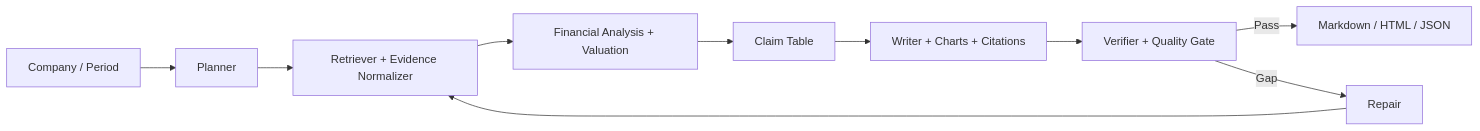
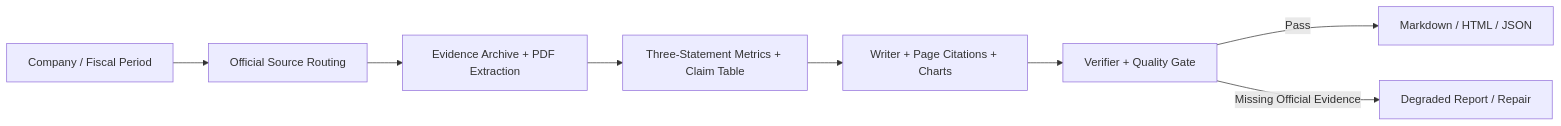
Before and after one commit to wara886/DeepReport-: the diagram in README.md, drawn with Mermaid. The commit also changed other lines of this file and 39 other files, not shown here.

Commit message:
Add official evidence gates and deployable public layout

````diff
--- a/README.md
+++ b/README.md
@@ -30,12 +74,10 @@
 ```mermaid
 flowchart LR
-    A[Company / Period] --> B[Planner]
-    B --> C[Retriever + Evidence Normalizer]
-    C --> D[Financial Analysis + Valuation]
-    D --> E[Claim Table]
-    E --> F[Writer + Charts + Citations]
-    F --> G[Verifier + Quality Gate]
-    G -->|Pass| H[Markdown / HTML / JSON]
-    G -->|Gap| I[Repair]
-    I --> C
+    A[Company / Fiscal Period] --> B[Official Source Routing]
+    B --> C[Evidence Archive + PDF Extraction]
+    C --> D[Three-Statement Metrics + Claim Table]
+    D --> E[Writer + Page Citations + Charts]
+    E --> F[Verifier + Quality Gate]
+    F -->|Pass| G[Markdown / HTML / JSON]
+    F -->|Missing Official Evidence| H[Degraded Report / Repair]
 ```
````
